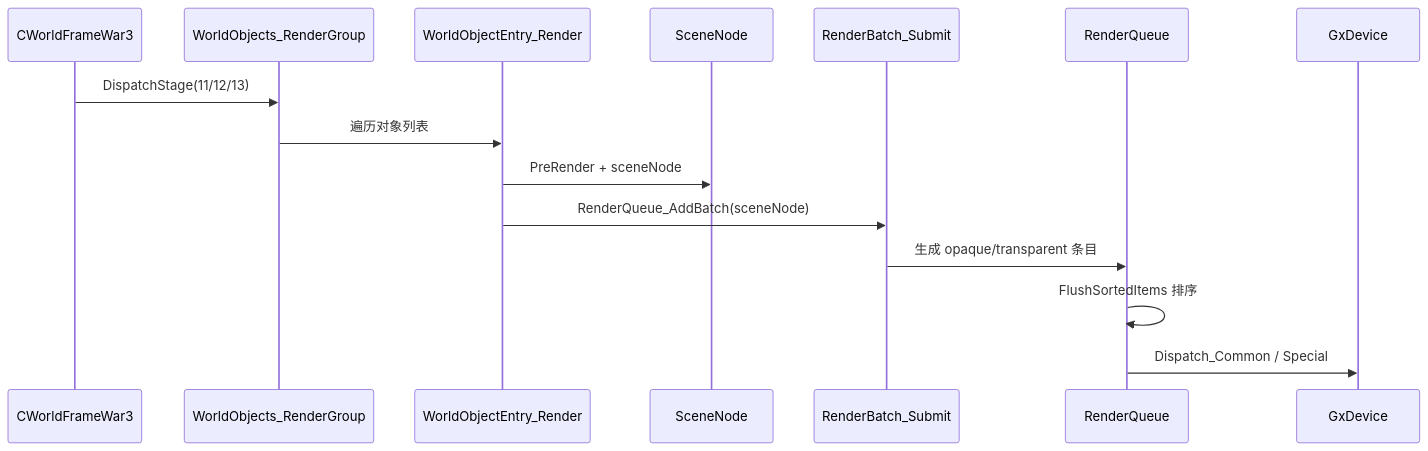
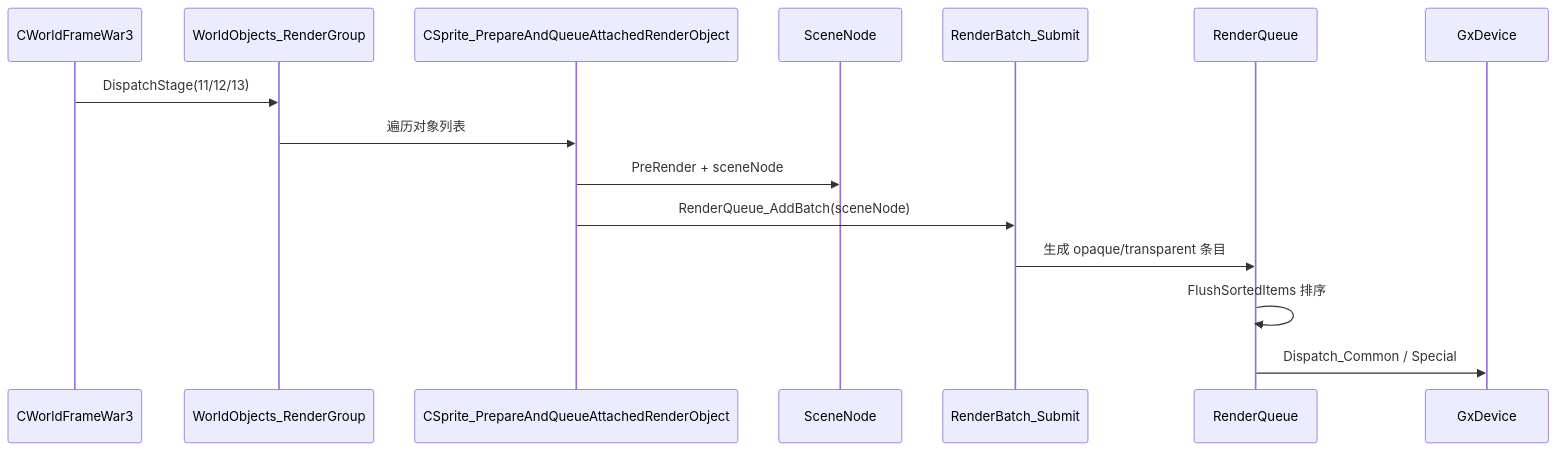
One commit to CallDisaster/War3VK changed the second of 5 diagrams in docs/research/war3_render_issues/19_blizzard_native_rendering_engine_full_perspective/README.md. Above: the diagram before and after it, drawn with Mermaid. The commit also changed other lines of this file and 272 other files, not shown here.

````diff
--- a/docs/research/war3_render_issues/19_blizzard_native_rendering_engine_full_perspective/README.md
+++ b/docs/research/war3_render_issues/19_blizzard_native_rendering_engine_full_perspective/README.md
@@ -101,18 +108,18 @@
 ```mermaid
 sequenceDiagram
   participant World as CWorldFrameWar3
   participant Group as WorldObjects_RenderGroup
-  participant Entry as WorldObjectEntry_Render
+  participant Entry as CSprite_PrepareAndQueueAttachedRenderObject
   participant Node as SceneNode
   participant Submit as RenderBatch_Submit
   participant Queue as RenderQueue
   participant Gx as GxDevice
 
   World->>Group: DispatchStage(11/12/13)
   Group->>Entry: 遍历对象列表
   Entry->>Node: PreRender + sceneNode
   Entry->>Submit: RenderQueue_AddBatch(sceneNode)
   Submit->>Queue: 生成 opaque/transparent 条目
   Queue->>Queue: FlushSortedItems 排序
   Queue->>Gx: Dispatch_Common / Special
 ```
````
